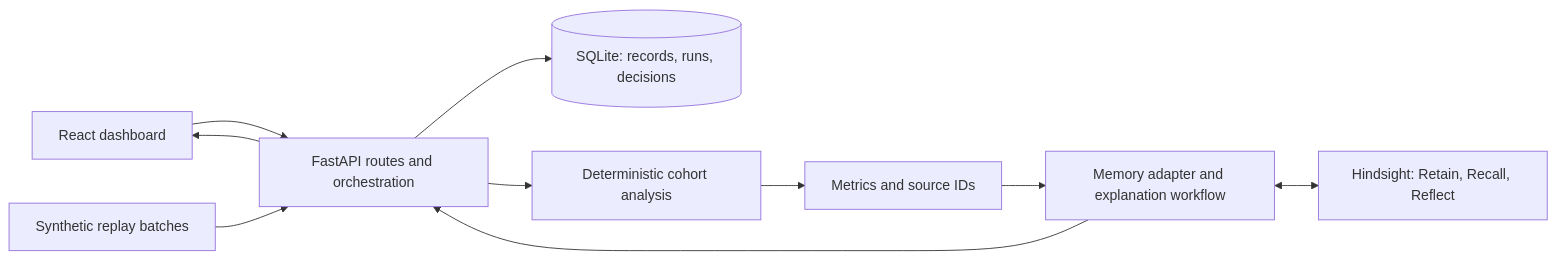
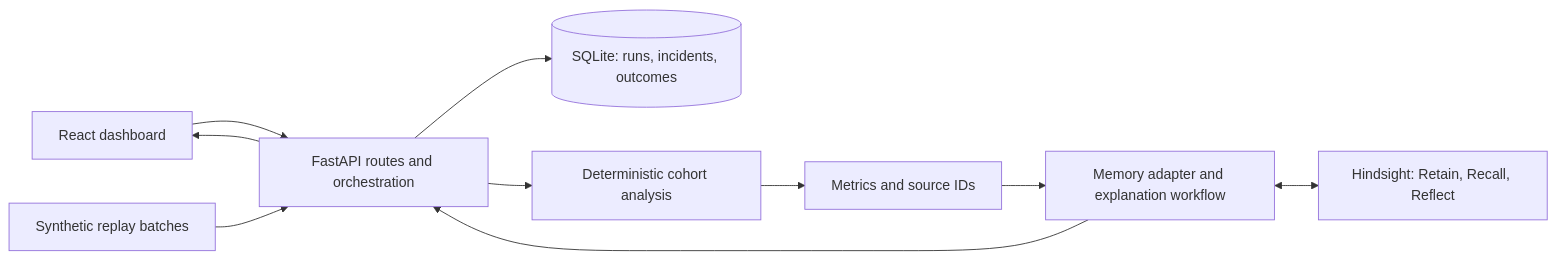
One commit to deveshj-30/IncentO changed the diagram in implementation_plan.md. Above: the diagram before and after it, drawn with Mermaid. The commit also changed other lines of this file and 2 other files, not shown here.

````diff
--- a/implementation_plan.md
+++ b/implementation_plan.md
@@ -27,12 +27,12 @@
 ```mermaid
 flowchart LR
     UI[React dashboard] --> API[FastAPI routes and orchestration]
     Fixtures[Synthetic replay batches] --> API
-    API --> DB[(SQLite: records, runs, decisions)]
+    API --> DB[(SQLite: runs, incidents, outcomes)]
     API --> Analysis[Deterministic cohort analysis]
     Analysis --> Evidence[Metrics and source IDs]
     Evidence --> Memory[Memory adapter and explanation workflow]
     Memory <--> Hindsight[Hindsight: Retain, Recall, Reflect]
     Memory --> API
     API --> UI
 ```
````
